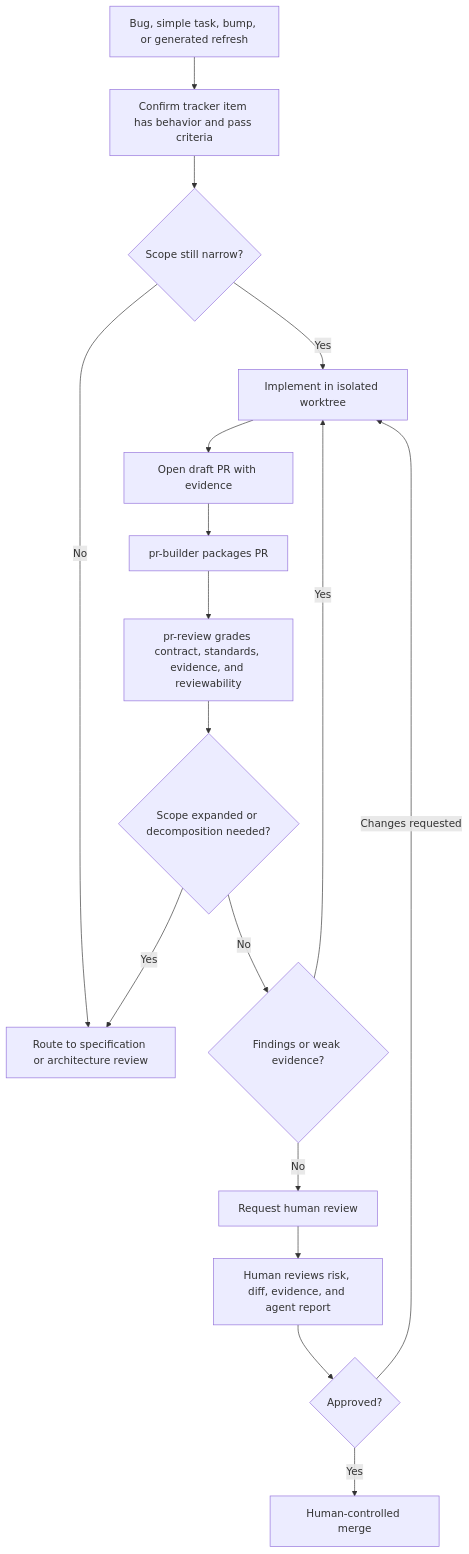
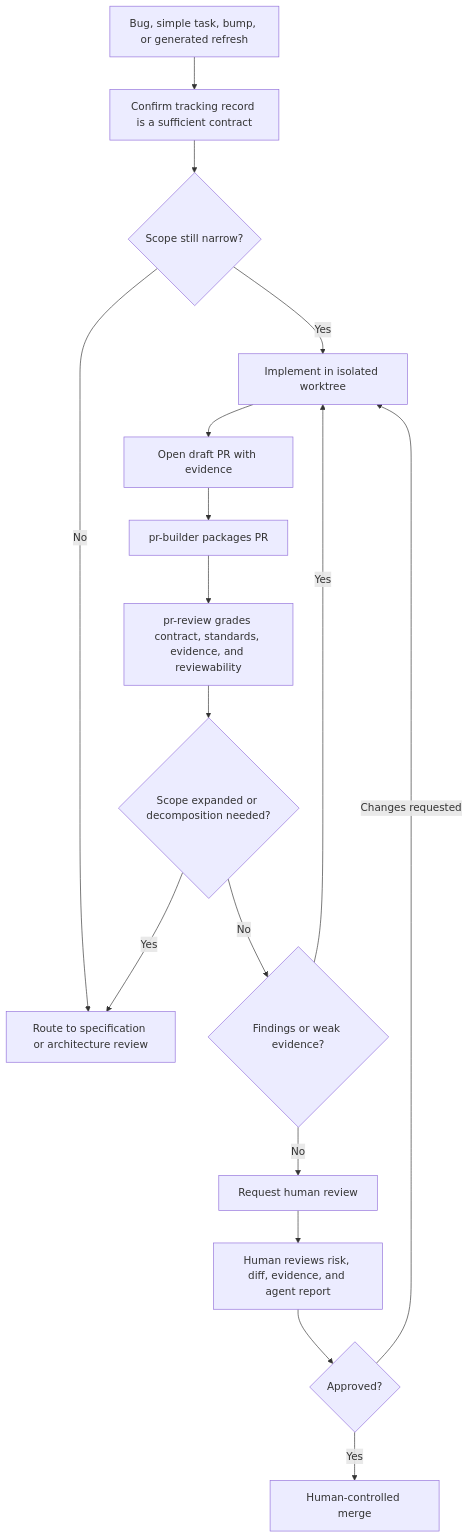
The first of 2 diagrams in docs/human-in-loop-pr-review-strategy.md (zazzcode/zazz-skills), drawn with Mermaid before and after one commit. The commit also changed other lines of this file, not shown here.

````diff
--- a/docs/human-in-loop-pr-review-strategy.md
+++ b/docs/human-in-loop-pr-review-strategy.md
@@ -333,19 +375,19 @@
 ```mermaid
 flowchart TB
-    A["Bug, simple task, bump, or generated refresh"] --> B["Confirm tracker item has behavior and pass criteria"]
+    A["Bug, simple task, bump, or generated refresh"] --> B["Confirm tracking record is a sufficient contract"]
     B --> C{"Scope still narrow?"}
     C -- "No" --> S["Route to specification or architecture review"]
     C -- "Yes" --> D["Implement in isolated worktree"]
     D --> E["Open draft PR with evidence"]
     E --> F["pr-builder packages PR"]
     F --> G["pr-review grades contract, standards, evidence, and reviewability"]
     G --> H{"Scope expanded or decomposition needed?"}
     H -- "Yes" --> S
     H -- "No" --> I{"Findings or weak evidence?"}
     I -- "Yes" --> D
     I -- "No" --> J["Request human review"]
     J --> K["Human reviews risk, diff, evidence, and agent report"]
     K --> L{"Approved?"}
     L -- "Changes requested" --> D
     L -- "Yes" --> M["Human-controlled merge"]
 ```
````
